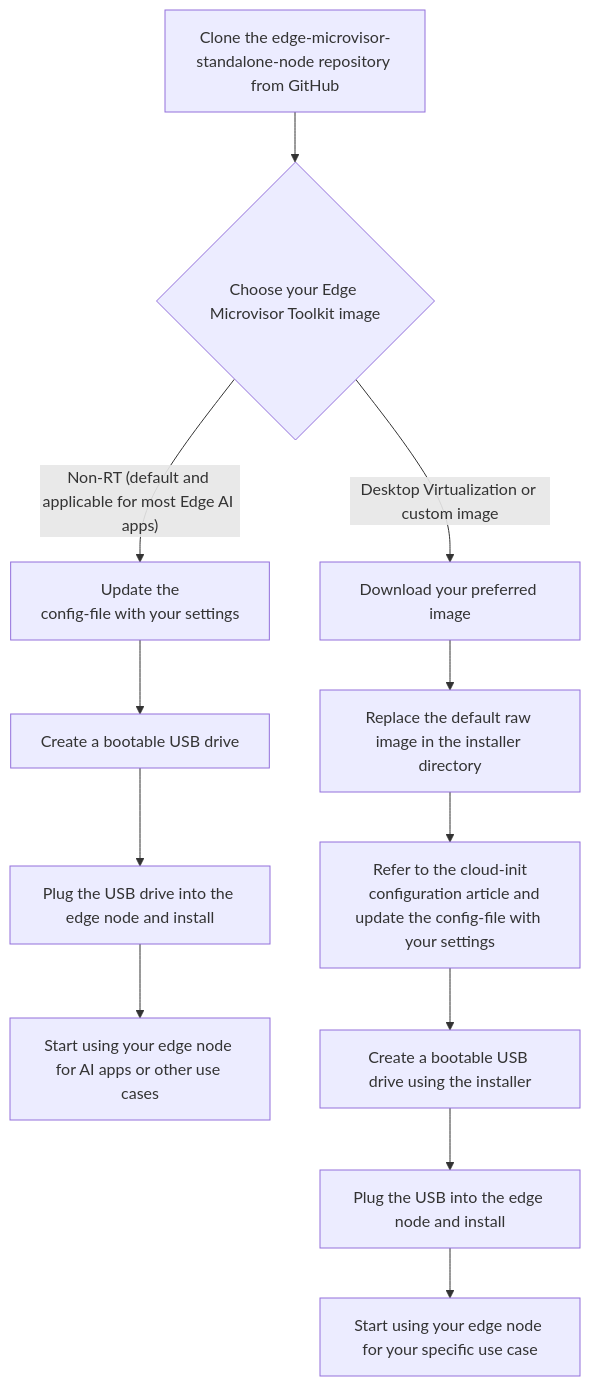
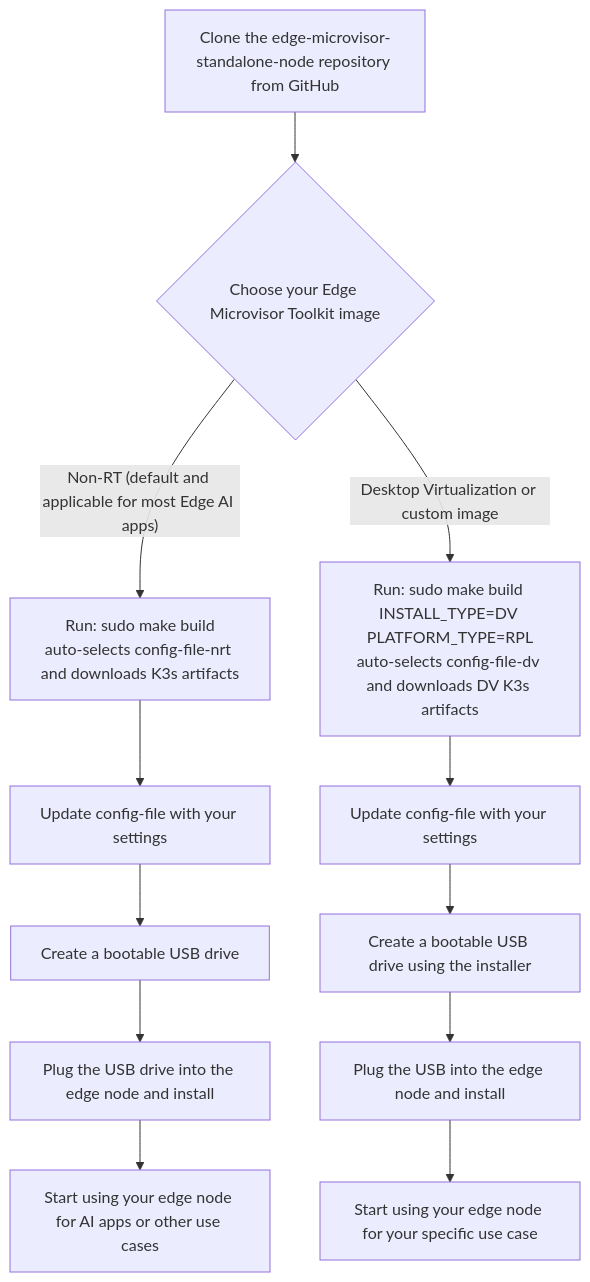
One commit to open-edge-platform/edge-microvisor-toolkit-standalone-node changed the diagram in standalone-node/docs/user-guide/get-started-guide.md. Above: the diagram before and after it, drawn with Mermaid. The commit also changed other lines of this file and 6 other files, not shown here.

Commit message:
auto download k3s artifacts and select config file based on install-type (#437)

````diff
--- a/standalone-node/docs/user-guide/get-started-guide.md
+++ b/standalone-node/docs/user-guide/get-started-guide.md
@@ -38,17 +39,15 @@
 ```mermaid
 flowchart TD
    A[Clone the edge-microvisor-standalone-node repository from GitHub]
    A --> B{Choose your Edge Microvisor Toolkit image}
-   B -- "Non-RT (default and applicable for most Edge AI apps)" --> C[Update the
-   config-file with your settings]
-   C --> D[Create a bootable USB drive]
-   D --> E[Plug the USB drive into the edge node and install]
-   E --> F[Start using your edge node for AI apps or other use cases]
-   B -- "Desktop Virtualization or custom image" --> G[Download your preferred image]
-   G --> H[Replace the default raw image in the installer directory]
-   H --> I[Refer to the cloud-init
-   configuration article and update the config-file with your settings]
+   B -- "Non-RT (default and applicable for most Edge AI apps)" --> C["Run: sudo make build\nauto-selects config-file-nrt and downloads K3s artifacts"]
+   C --> D[Update config-file with your settings]
+   D --> E[Create a bootable USB drive]
+   E --> F[Plug the USB drive into the edge node and install]
+   F --> G[Start using your edge node for AI apps or other use cases]
+   B -- "Desktop Virtualization or custom image" --> H["Run: sudo make build INSTALL_TYPE=DV PLATFORM_TYPE=RPL\nauto-selects config-file-dv and downloads DV K3s artifacts"]
+   H --> I[Update config-file with your settings]
    I --> J[Create a bootable USB drive using the installer]
    J --> K[Plug the USB into the edge node and install]
    K --> L[Start using your edge node for your specific use case]
 ```
````
